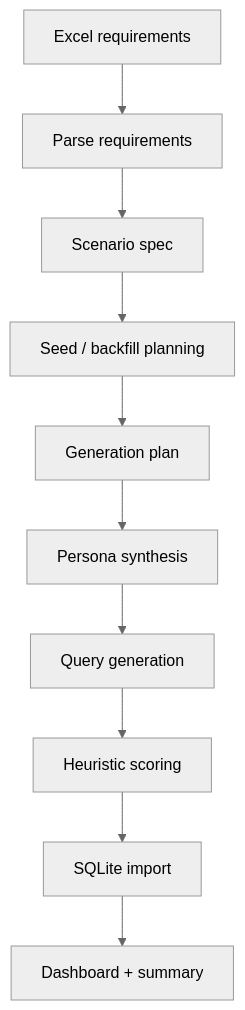
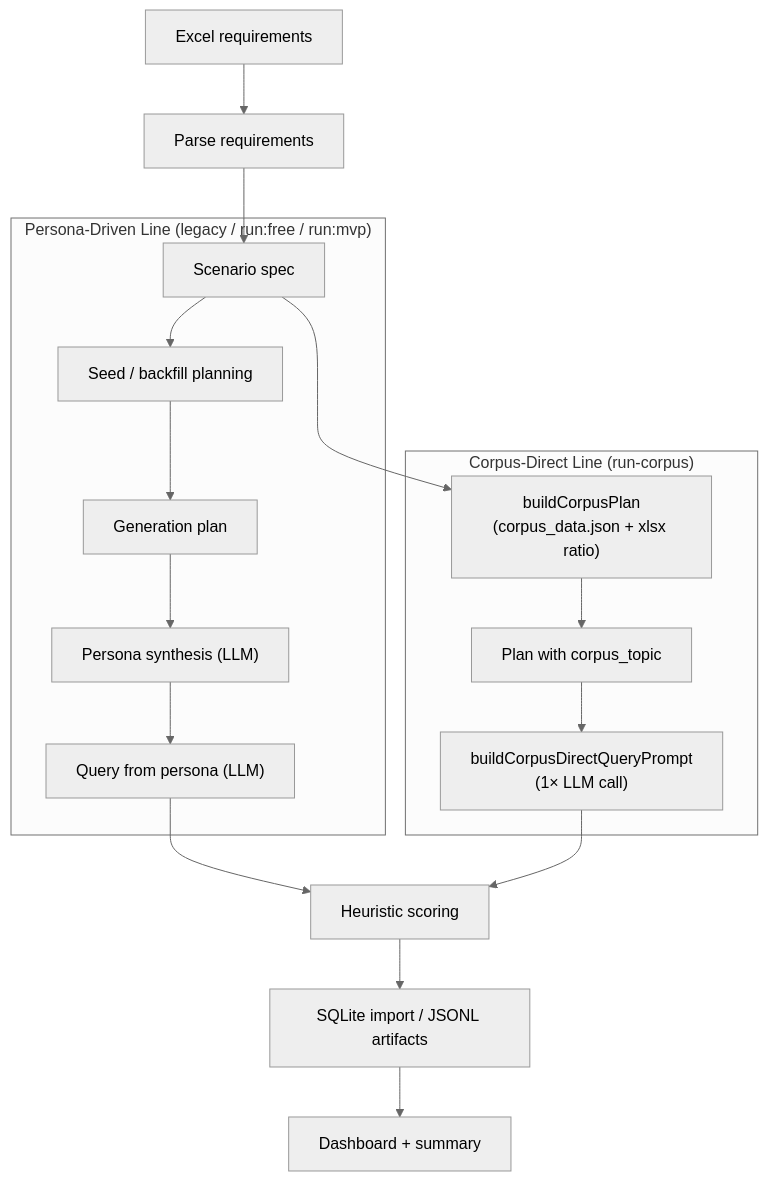
The first of 4 diagrams in README.md (PlevanTem/queryMaker), drawn with Mermaid (neutral theme) before and after one commit. The commit also changed other lines of this file and 24 other files, not shown here.

First line of the commit message:
feat(corpus): corpus-direct production pipeline + 4-method evaluation

````diff
--- a/README.md
+++ b/README.md
@@ -200,12 +269,23 @@
 ```mermaid
 flowchart TD
     A["Excel requirements"] --> B["Parse requirements"]
     B --> C["Scenario spec"]
-    C --> D["Seed / backfill planning"]
-    D --> E["Generation plan"]
-    E --> F["Persona synthesis"]
-    F --> G["Query generation"]
-    G --> H["Heuristic scoring"]
-    H --> I["SQLite import"]
+
+    subgraph PersonaLine["Persona-Driven Line (legacy / run:free / run:mvp)"]
+      C --> D1["Seed / backfill planning"]
+      D1 --> E1["Generation plan"]
+      E1 --> F1["Persona synthesis (LLM)"]
+      F1 --> G1["Query from persona (LLM)"]
+    end
+
+    subgraph CorpusLine["Corpus-Direct Line (run-corpus)"]
+      C --> D2["buildCorpusPlan<br/>(corpus_data.json + xlsx ratio)"]
+      D2 --> E2["Plan with corpus_topic"]
+      E2 --> G2["buildCorpusDirectQueryPrompt<br/>(1× LLM call)"]
+    end
+
+    G1 --> H["Heuristic scoring"]
+    G2 --> H
+    H --> I["SQLite import / JSONL artifacts"]
     I --> J["Dashboard + summary"]
 ```
````
